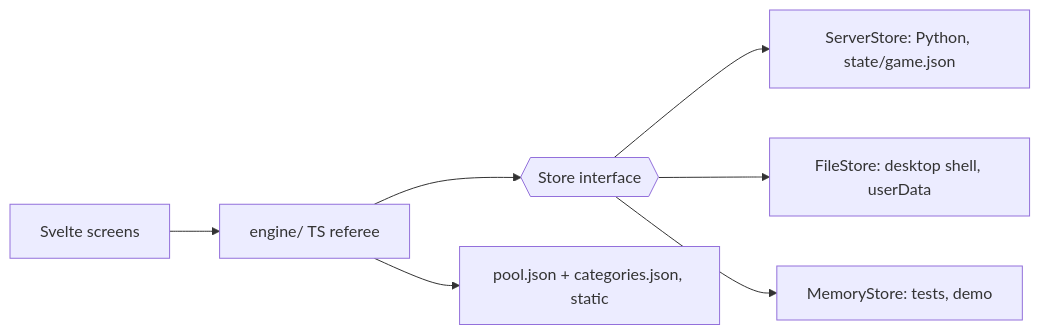
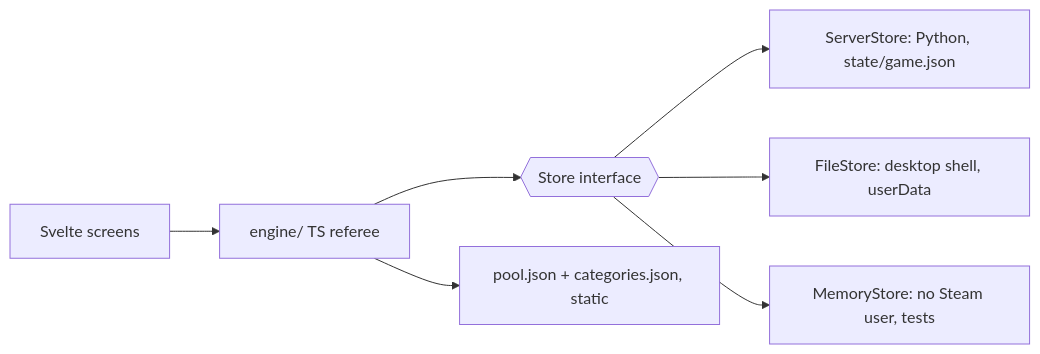
Before and after one commit to rubenmoor/trivia: the diagram in plans/12-client-engine.md, drawn with Mermaid. The commit also changed other lines of this file and 5 other files, not shown here.

First line of the commit message:
task 781: Docs: Steam Cloud saves per Steam user, memory-only without one

````diff
--- a/plans/12-client-engine.md
+++ b/plans/12-client-engine.md
@@ -19,9 +19,9 @@
 ```mermaid
 flowchart LR
   UI[Svelte screens] --> Engine[engine/ TS referee]
   Engine --> Store{{Store interface}}
   Store --> S1[ServerStore: Python, state/game.json]
   Store --> S2[FileStore: desktop shell, userData]
-  Store --> S3[MemoryStore: tests, demo]
+  Store --> S3[MemoryStore: no Steam user, tests]
   Engine --> Pool[pool.json + categories.json, static]
 ```
````
